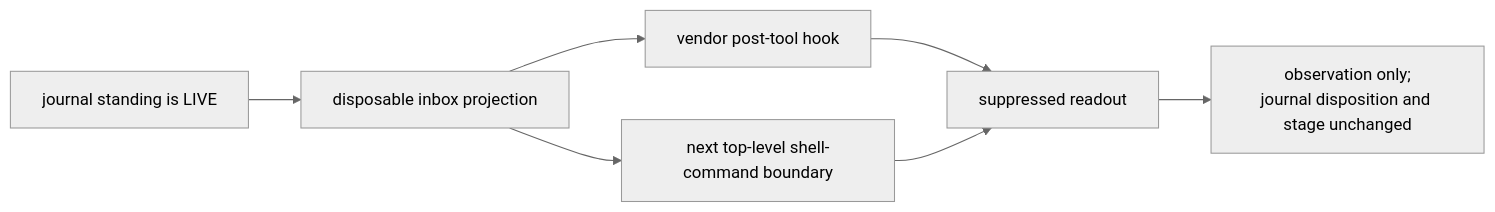
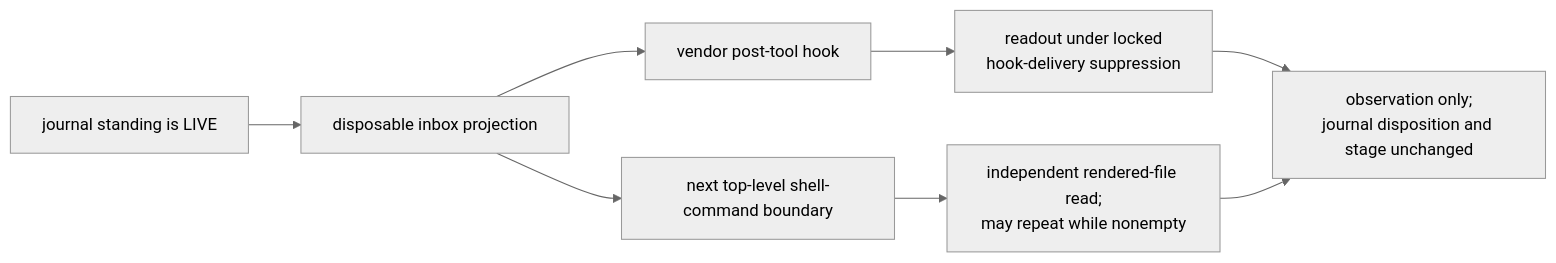
The tenth of 19 diagrams in docs/product/model/states.md (infimalabs/spice-rust), drawn with Mermaid (neutral theme) before and after one commit. The commit also changed other lines of this file and 120 other files, not shown here.

````diff
--- a/docs/product/model/states.md
+++ b/docs/product/model/states.md
@@ -225,9 +227,10 @@
 ```mermaid
 flowchart LR
   J["journal standing is LIVE"] --> I["disposable inbox projection"]
   I --> H["vendor post-tool hook"]
   I --> S["next top-level shell-command boundary"]
-  H --> R["suppressed readout"]
-  S --> R
-  R --> O["observation only;<br/>journal disposition and stage unchanged"]
+  H --> HR["readout under locked<br/>hook-delivery suppression"]
+  S --> SR["independent rendered-file read;<br/>may repeat while nonempty"]
+  HR --> O["observation only;<br/>journal disposition and stage unchanged"]
+  SR --> O
 ```
````
